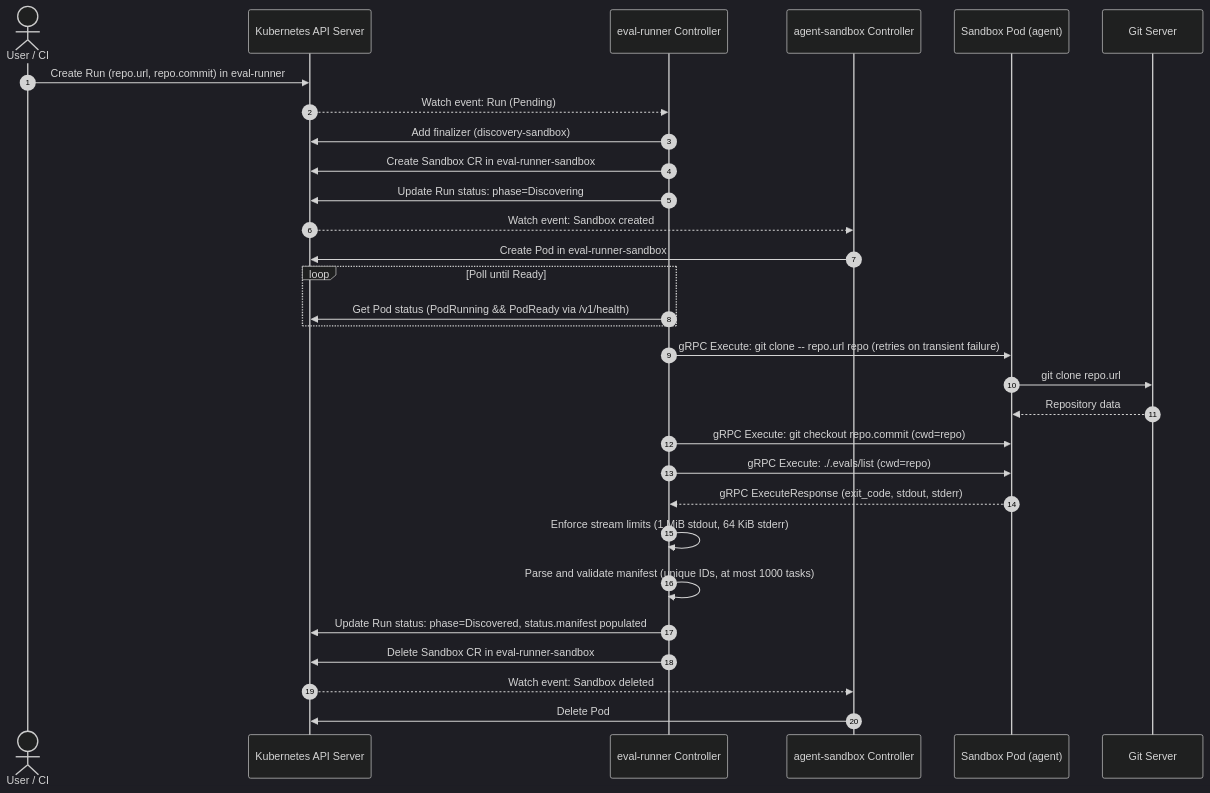
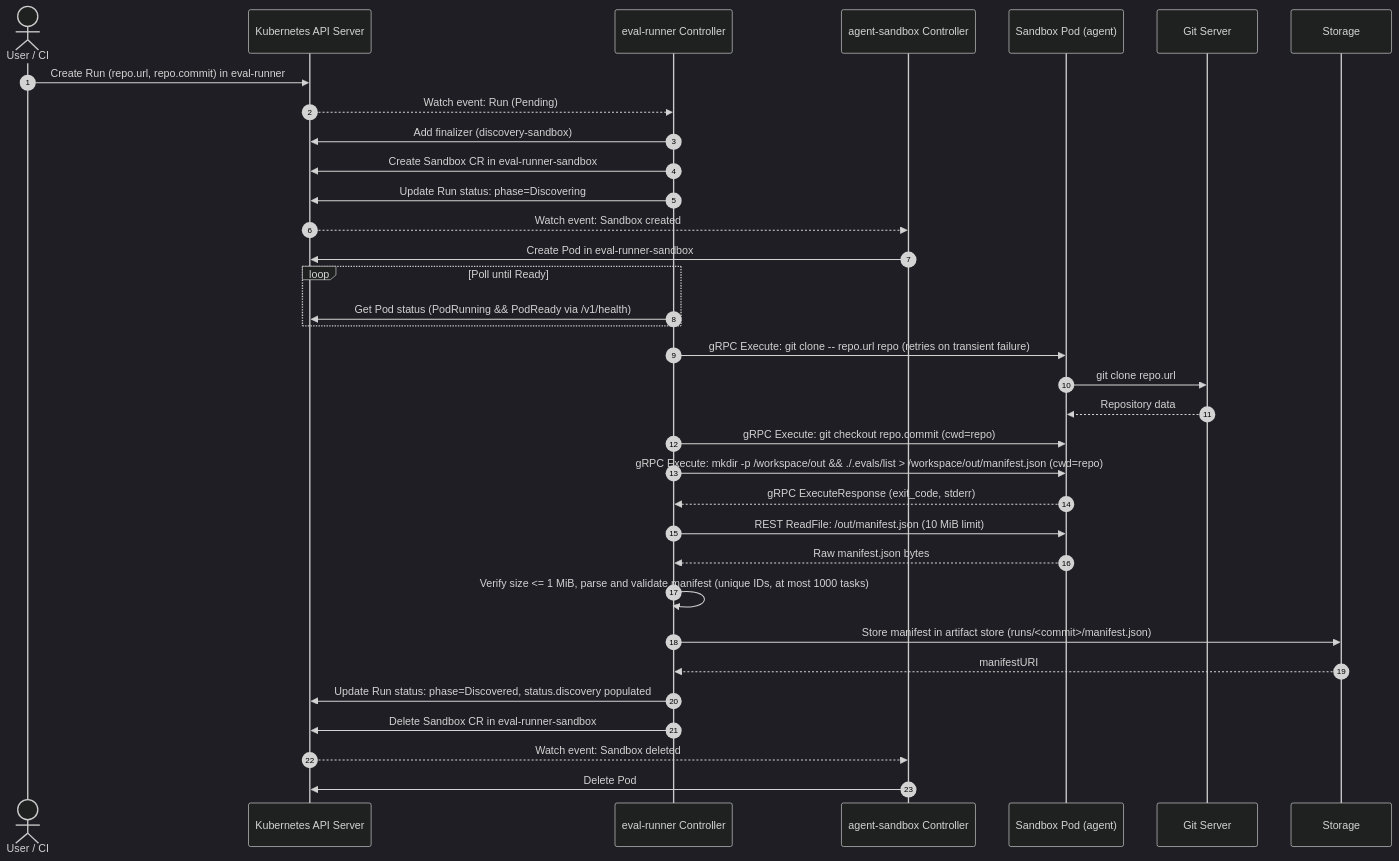
The diagram in docs/architecture.md (codebot-robot/eval-runner), drawn with Mermaid (dark theme) before and after one commit. The commit also changed other lines of this file and 24 other files, not shown here.

````diff
--- a/docs/architecture.md
+++ b/docs/architecture.md
@@ -193,33 +196,36 @@
 ```mermaid
 sequenceDiagram
     autonumber
     actor User as User / CI
     participant API as Kubernetes API Server
     participant Ctrl as eval-runner Controller
     participant SB as agent-sandbox Controller
     participant Pod as Sandbox Pod (agent)
     participant Git as Git Server
 
     User->>API: Create Run (repo.url, repo.commit) in eval-runner
     API-->>Ctrl: Watch event: Run (Pending)
     Ctrl->>API: Add finalizer (discovery-sandbox)
     Ctrl->>API: Create Sandbox CR in eval-runner-sandbox
     Ctrl->>API: Update Run status: phase=Discovering
     API-->>SB: Watch event: Sandbox created
     SB->>API: Create Pod in eval-runner-sandbox
     loop Poll until Ready
         Ctrl->>API: Get Pod status (PodRunning && PodReady via /v1/health)
     end
     Ctrl->>Pod: gRPC Execute: git clone -- repo.url repo (retries on transient failure)
     Pod->>Git: git clone repo.url
     Git-->>Pod: Repository data
     Ctrl->>Pod: gRPC Execute: git checkout repo.commit (cwd=repo)
-    Ctrl->>Pod: gRPC Execute: ./.evals/list (cwd=repo)
-    Pod-->>Ctrl: gRPC ExecuteResponse (exit_code, stdout, stderr)
-    Ctrl->>Ctrl: Enforce stream limits (1 MiB stdout, 64 KiB stderr)
-    Ctrl->>Ctrl: Parse and validate manifest (unique IDs, at most 1000 tasks)
-    Ctrl->>API: Update Run status: phase=Discovered, status.manifest populated
+    Ctrl->>Pod: gRPC Execute: mkdir -p /workspace/out && ./.evals/list > /workspace/out/manifest.json (cwd=repo)
+    Pod-->>Ctrl: gRPC ExecuteResponse (exit_code, stderr)
+    Ctrl->>Pod: REST ReadFile: /out/manifest.json (10 MiB limit)
+    Pod-->>Ctrl: Raw manifest.json bytes
+    Ctrl->>Ctrl: Verify size <= 1 MiB, parse and validate manifest (unique IDs, at most 1000 tasks)
+    Ctrl->>Storage: Store manifest in artifact store (runs/<commit>/manifest.json)
+    Storage-->>Ctrl: manifestURI
+    Ctrl->>API: Update Run status: phase=Discovered, status.discovery populated
     Ctrl->>API: Delete Sandbox CR in eval-runner-sandbox
     API-->>SB: Watch event: Sandbox deleted
     SB->>API: Delete Pod
 ```
````
